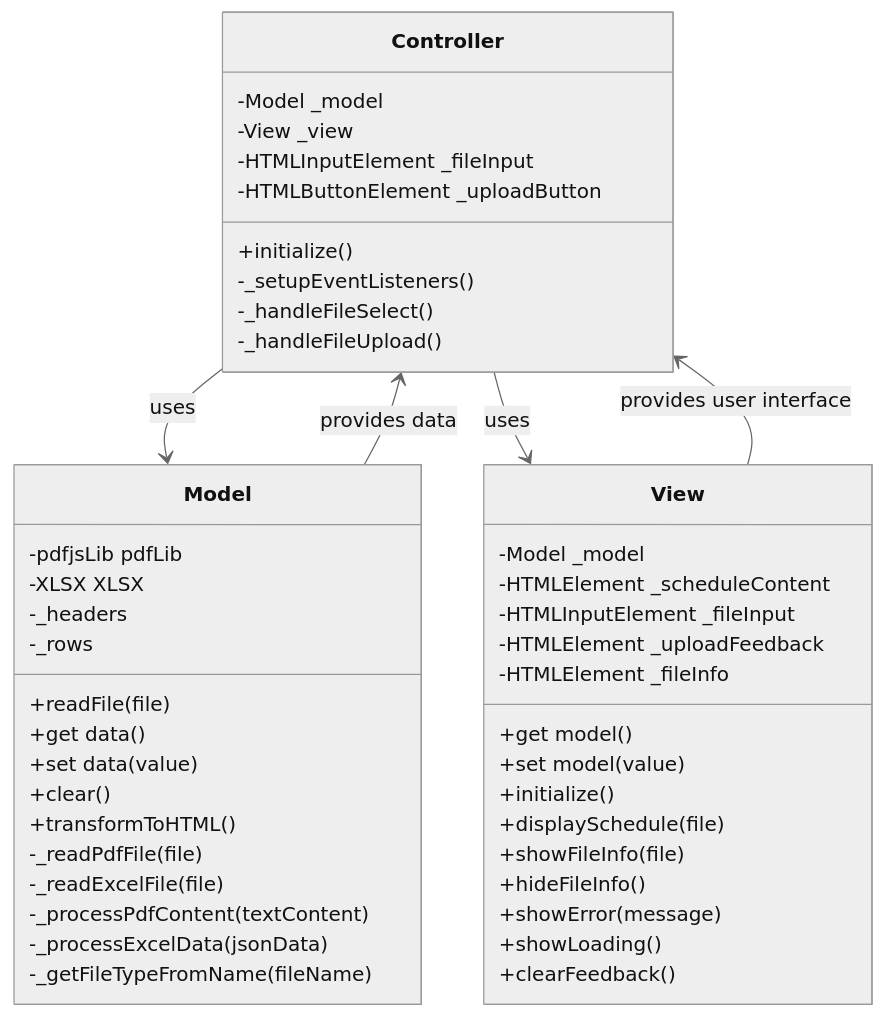
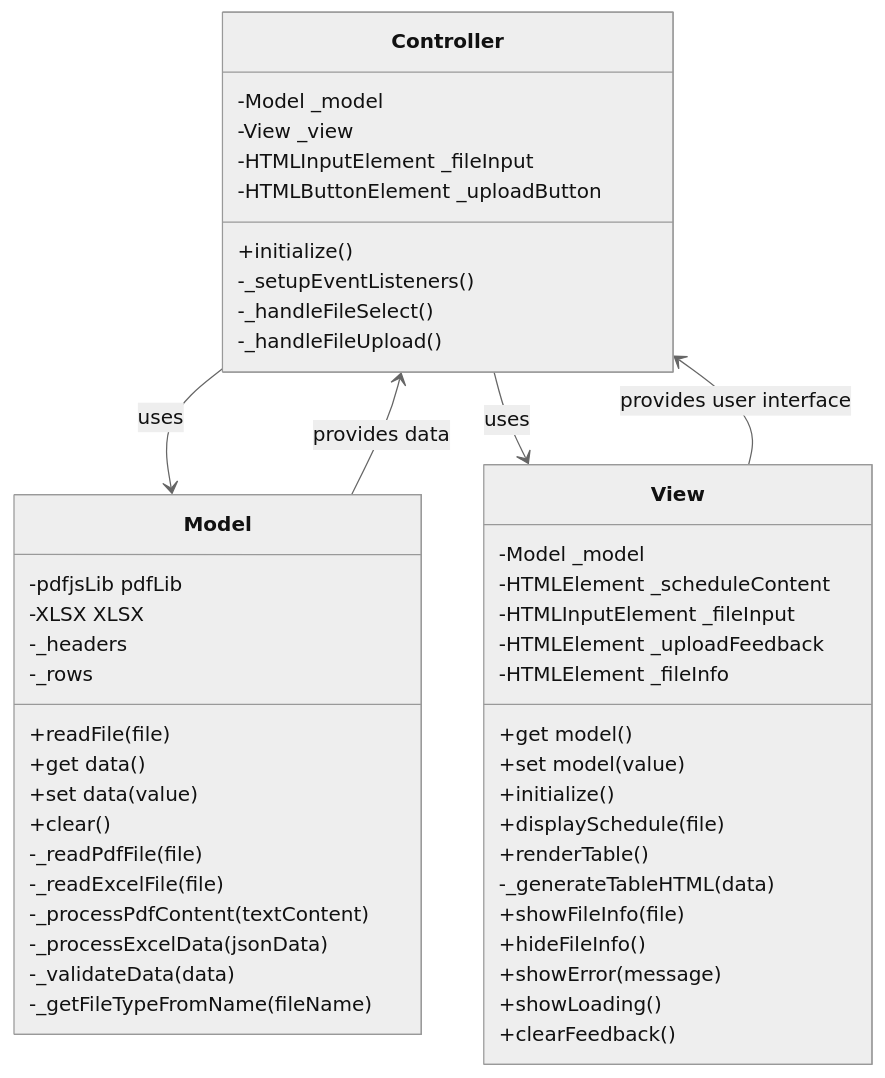
Before and after one commit to ahmetcankaratas/transformer: the first of 4 diagrams in HW1/JavaScript/README.md, drawn with Mermaid (neutral theme). The commit also changed other lines of this file and 3 other files, not shown here.

````diff
--- a/HW1/JavaScript/README.md
+++ b/HW1/JavaScript/README.md
@@ -29,52 +37,54 @@
 ```mermaid
 classDiagram
     Controller --> Model : uses
     Controller --> View : uses
     Model --> Controller : provides data
     View --> Controller : provides user interface
 
     class Controller {
         -Model _model
         -View _view
         -HTMLInputElement _fileInput
         -HTMLButtonElement _uploadButton
         +initialize()
         -_setupEventListeners()
         -_handleFileSelect()
         -_handleFileUpload()
     }
 
     class Model {
         -pdfjsLib pdfLib
         -XLSX XLSX
         -_headers
         -_rows
         +readFile(file)
         +get data()
         +set data(value)
         +clear()
-        +transformToHTML()
         -_readPdfFile(file)
         -_readExcelFile(file)
         -_processPdfContent(textContent)
         -_processExcelData(jsonData)
+        -_validateData(data)
         -_getFileTypeFromName(fileName)
     }
 
     class View {
         -Model _model
         -HTMLElement _scheduleContent
         -HTMLInputElement _fileInput
         -HTMLElement _uploadFeedback
         -HTMLElement _fileInfo
         +get model()
         +set model(value)
         +initialize()
         +displaySchedule(file)
+        +renderTable()
+        -_generateTableHTML(data)
         +showFileInfo(file)
         +hideFileInfo()
         +showError(message)
         +showLoading()
         +clearFeedback()
     }
 ```
````
